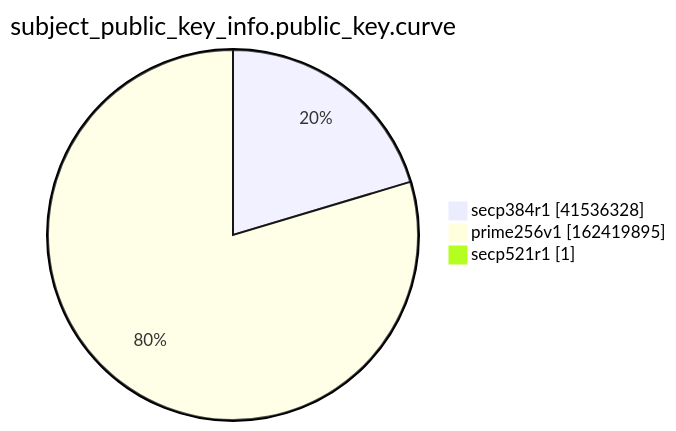
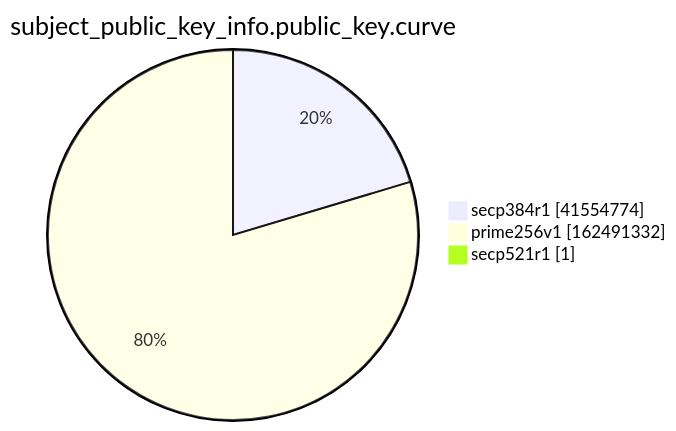
Before and after one commit to christiankrug/ctmonitor_visualization: the ninth of 15 diagrams in xenon2022/README.md, drawn with Mermaid. The commit also changed other lines of this file, not shown here.

````diff
--- a/xenon2022/README.md
+++ b/xenon2022/README.md
@@ -2868,7 +2868,7 @@
 ```mermaid
 pie showData
 title subject_public_key_info.public_key.curve
-"secp384r1" :41536328
-"prime256v1" :162419895
+"secp384r1" :41554774
+"prime256v1" :162491332
 "secp521r1" :1
 ```
````
